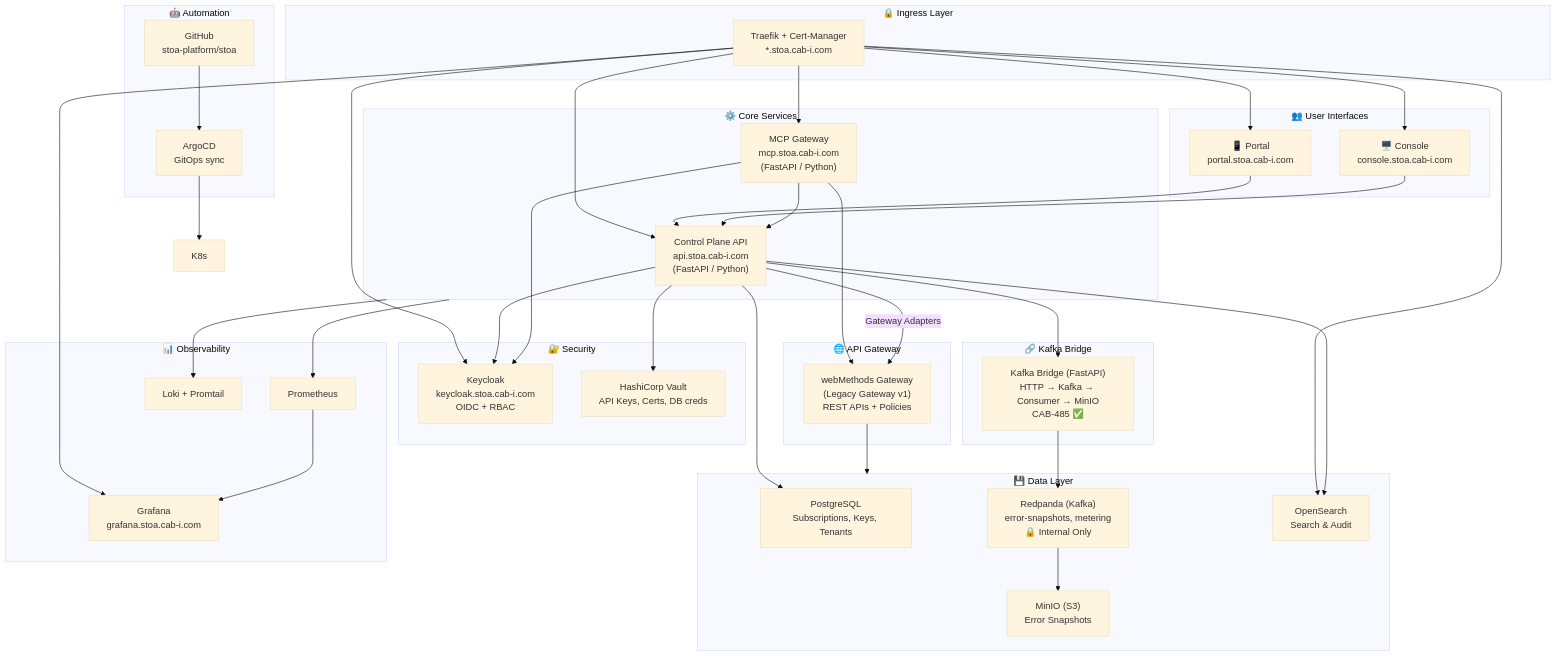
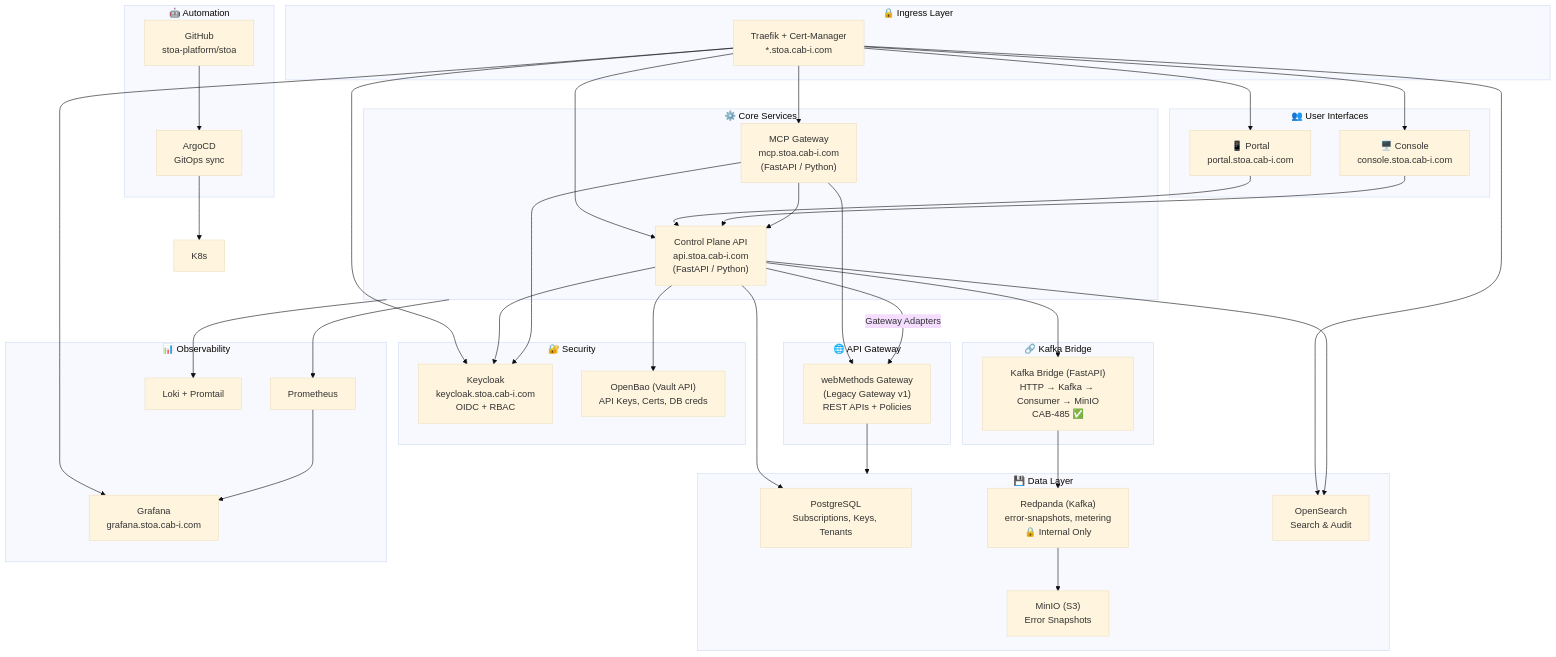
One commit to stoa-platform/stoa-docs changed the first of 4 diagrams in docs/architecture/architecture-overview.md. Above: the diagram before and after it, drawn with Mermaid (base theme). The commit also changed other lines of this file and 15 other files, not shown here.

First line of the commit message:
docs: name OpenBao where pages cite only HashiCorp Vault (CAB-2607) (#235)

````diff
--- a/docs/architecture/architecture-overview.md
+++ b/docs/architecture/architecture-overview.md
@@ -25,60 +25,60 @@
 ```mermaid
 flowchart TB
     subgraph Ingress["🔒 Ingress Layer"]
         Traefik["Traefik + Cert-Manager<br/>*.stoa.cab-i.com"]
     end
 
     subgraph UIs["👥 User Interfaces"]
         Portal["📱 Portal<br/>portal.stoa.cab-i.com"]
         Console["🖥️ Console<br/>console.stoa.cab-i.com"]
     end
 
     subgraph Core["⚙️ Core Services"]
         API["Control Plane API<br/>api.stoa.cab-i.com<br/>(FastAPI / Python)"]
         MCP["MCP Gateway<br/>mcp.stoa.cab-i.com<br/>(FastAPI / Python)"]
     end
 
     subgraph Auth["🔐 Security"]
         KC["Keycloak<br/>keycloak.stoa.cab-i.com<br/>OIDC + RBAC"]
-        Vault["HashiCorp Vault<br/>API Keys, Certs, DB creds"]
+        Vault["OpenBao (Vault API)<br/>API Keys, Certs, DB creds"]
     end
 
     subgraph Gateway["🌐 API Gateway"]
         wM["webMethods Gateway<br/>(Legacy Gateway v1)<br/>REST APIs + Policies"]
     end
 
     subgraph Data["💾 Data Layer"]
         PG["PostgreSQL<br/>Subscriptions, Keys, Tenants"]
         Kafka["Redpanda (Kafka)<br/>error-snapshots, metering<br/>🔒 Internal Only"]
         OS["OpenSearch<br/>Search & Audit"]
         MinIO["MinIO (S3)<br/>Error Snapshots"]
     end
 
     subgraph Bridge["🔗 Kafka Bridge"]
         KB["Kafka Bridge (FastAPI)<br/>HTTP → Kafka → Consumer → MinIO<br/>CAB-485 ✅"]
     end
 
     subgraph Obs["📊 Observability"]
         Prom["Prometheus"]
         Graf["Grafana<br/>grafana.stoa.cab-i.com"]
         Loki["Loki + Promtail"]
     end
 
     subgraph Auto["🤖 Automation"]
         GitHub["GitHub<br/>stoa-platform/stoa"]
         Argo["ArgoCD<br/>GitOps sync"]
     end
 
     Traefik --> Portal & Console & API & MCP & KC & Graf & OS
     Portal --> API
     Console --> API
     API --> KC & Vault & PG & OS
     MCP --> KC & API & wM
     wM --> Data
     API --> KB
     KB --> Kafka --> MinIO
     GitHub --> Argo --> K8s
     API -->|"Gateway Adapters"| wM
     Core --> Prom --> Graf
     Core --> Loki
 ```
````
